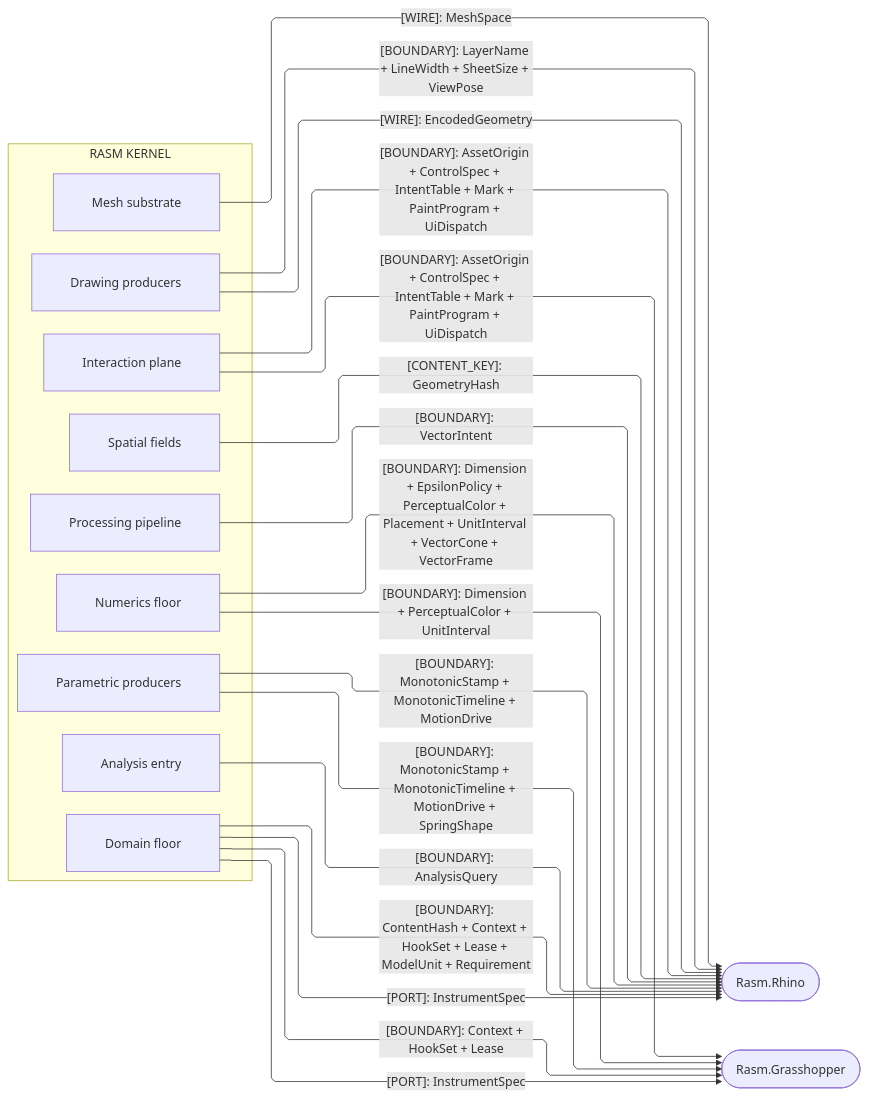
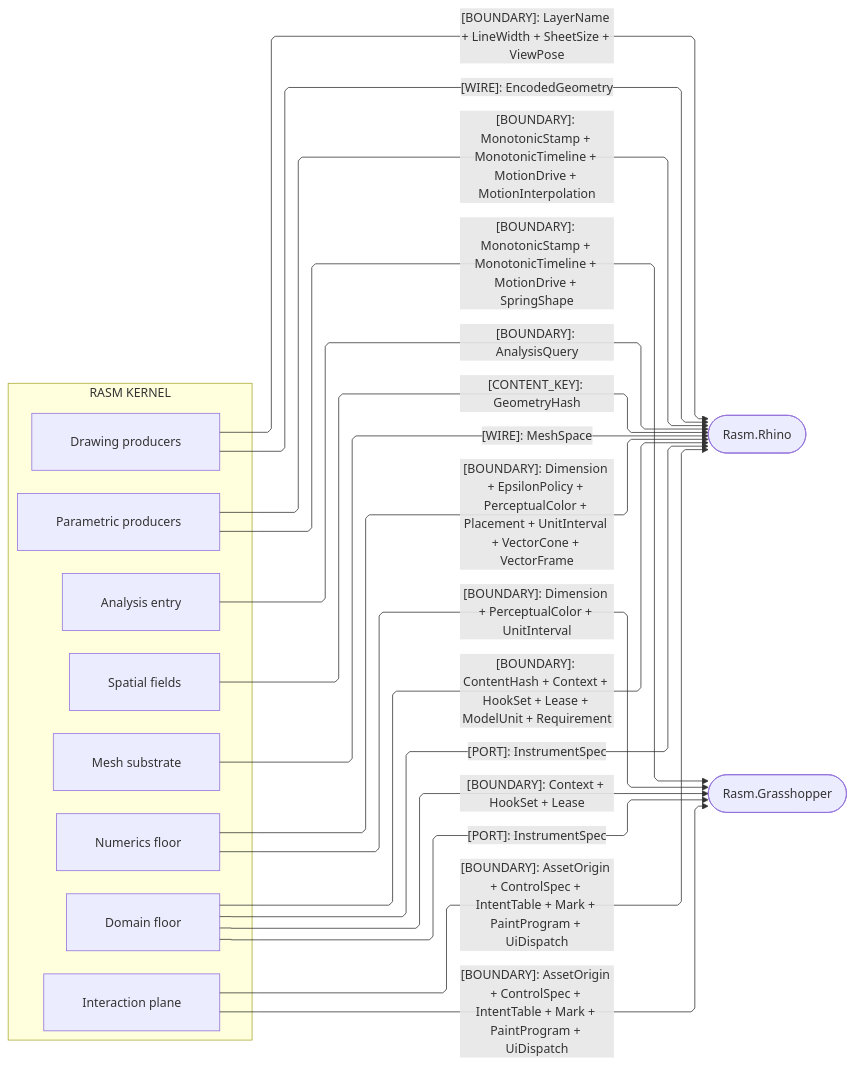
The fourth of 4 diagrams in libs/dotnet/Rasm/ARCHITECTURE.md (bsamiee/Rasm), drawn with Mermaid before and after one commit. The commit also changed other lines of this file and 68 other files, not shown here.

First line of the commit message:
spec: drain the Processing and Solving audits — delete the intent facade, collapse wrappers, and land package-depth folds

````diff
--- a/libs/dotnet/Rasm/ARCHITECTURE.md
+++ b/libs/dotnet/Rasm/ARCHITECTURE.md
@@ -282,41 +280,39 @@
 ```mermaid
 ---
 config:
   layout: elk
   flowchart:
     curve: linear
     padding: 25
 ---
 flowchart LR
     accTitle: Kernel host-UI boundary crossings
     accDescr: Which boundary shapes, ports, wires, and keys the kernel hands one-way down to the Rhino and Grasshopper host packages.
     subgraph rasm[RASM KERNEL]
         Domain[Domain floor]
         Numerics[Numerics floor]
         Spatial[Spatial fields]
         Meshing[Mesh substrate]
         Parametric[Parametric producers]
-        Processing[Processing pipeline]
         Drawing[Drawing producers]
         Analysis[Analysis entry]
         Interaction[Interaction plane]
     end
     Rhino([Rasm.Rhino])
     Grasshopper([Rasm.Grasshopper])
     Domain e1@-->|"[BOUNDARY]: ContentHash + Context + HookSet + Lease + ModelUnit + Requirement"| Rhino
     Domain e2@-->|"[PORT]: InstrumentSpec"| Rhino
     Domain e3@-->|"[BOUNDARY]: Context + HookSet + Lease"| Grasshopper
     Domain e4@-->|"[PORT]: InstrumentSpec"| Grasshopper
     Numerics e5@-->|"[BOUNDARY]: Dimension + EpsilonPolicy + PerceptualColor + Placement + UnitInterval + VectorCone + VectorFrame"| Rhino
     Numerics e6@-->|"[BOUNDARY]: Dimension + PerceptualColor + UnitInterval"| Grasshopper
     Spatial e7@-->|"[CONTENT_KEY]: GeometryHash"| Rhino
     Meshing e8@-->|"[WIRE]: MeshSpace"| Rhino
-    Parametric e9@-->|"[BOUNDARY]: MonotonicStamp + MonotonicTimeline + MotionDrive"| Rhino
+    Parametric e9@-->|"[BOUNDARY]: MonotonicStamp + MonotonicTimeline + MotionDrive + MotionInterpolation"| Rhino
     Parametric e10@-->|"[BOUNDARY]: MonotonicStamp + MonotonicTimeline + MotionDrive + SpringShape"| Grasshopper
-    Processing e11@-->|"[BOUNDARY]: VectorIntent"| Rhino
     Drawing e12@-->|"[BOUNDARY]: LayerName + LineWidth + SheetSize + ViewPose"| Rhino
     Drawing e13@-->|"[WIRE]: EncodedGeometry"| Rhino
     Analysis e14@-->|"[BOUNDARY]: AnalysisQuery"| Rhino
     Interaction e15@-->|"[BOUNDARY]: AssetOrigin + ControlSpec + IntentTable + Mark + PaintProgram + UiDispatch"| Rhino
     Interaction e16@-->|"[BOUNDARY]: AssetOrigin + ControlSpec + IntentTable + Mark + PaintProgram + UiDispatch"| Grasshopper
 ```
````
